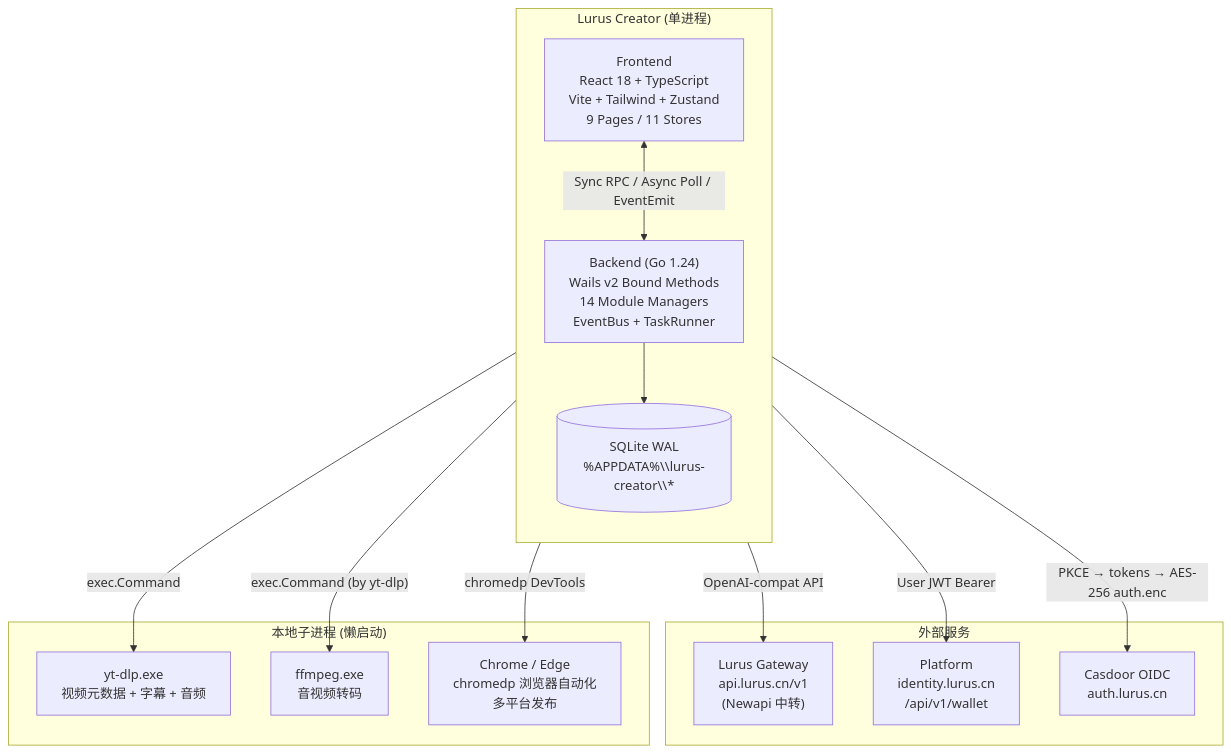
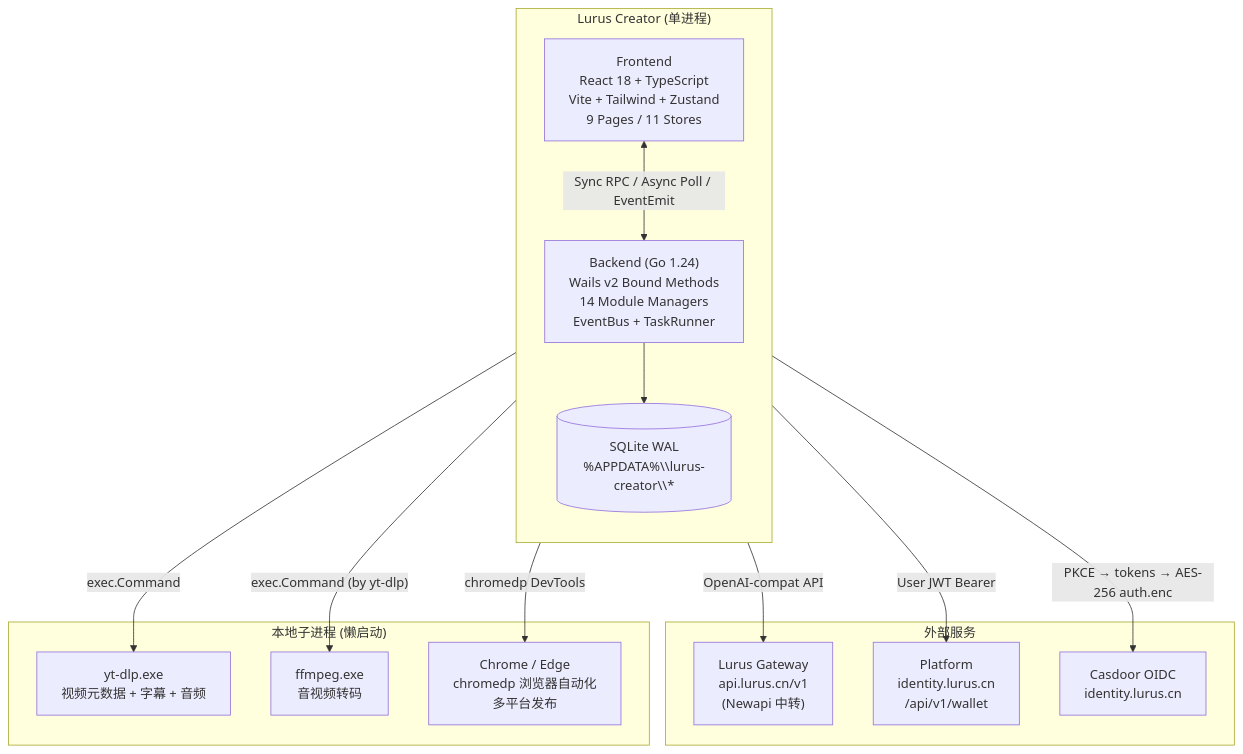
One commit to hanmahong5-arch/lurus-docs changed the first of 5 diagrams in internal/products/creator.md. Above: the diagram before and after it, drawn with Mermaid. The commit also changed other lines of this file and 76 other files, not shown here.

````diff
--- a/internal/products/creator.md
+++ b/internal/products/creator.md
@@ -50,31 +50,31 @@
 ```mermaid
 flowchart TB
     subgraph Desktop["Lurus Creator (单进程)"]
         direction TB
         FE["Frontend\nReact 18 + TypeScript\nVite + Tailwind + Zustand\n9 Pages / 11 Stores"]
         BE["Backend (Go 1.24)\nWails v2 Bound Methods\n14 Module Managers\nEventBus + TaskRunner"]
         DB[("SQLite WAL\n%APPDATA%\\lurus-creator\\*")]
 
         FE <-->|"Sync RPC / Async Poll / EventEmit"| BE
         BE --> DB
     end
 
     subgraph External["外部服务"]
         GW["Lurus Gateway\napi.lurus.cn/v1\n(Newapi 中转)"]
         PLT["Platform\nidentity.lurus.cn\n/api/v1/wallet"]
-        AUTH["Casdoor OIDC\nauth.lurus.cn"]
+        AUTH["Casdoor OIDC\nidentity.lurus.cn"]
     end
 
     subgraph LocalProc["本地子进程 (懒启动)"]
         YT["yt-dlp.exe\n视频元数据 + 字幕 + 音频"]
         FF["ffmpeg.exe\n音视频转码"]
         CR["Chrome / Edge\nchromedp 浏览器自动化\n多平台发布"]
     end
 
     BE -->|"OpenAI-compat API"| GW
     BE -->|"User JWT Bearer"| PLT
     BE -->|"PKCE → tokens → AES-256 auth.enc"| AUTH
     BE -->|"exec.Command"| YT
     BE -->|"exec.Command (by yt-dlp)"| FF
     BE -->|"chromedp DevTools"| CR
 ```
````
